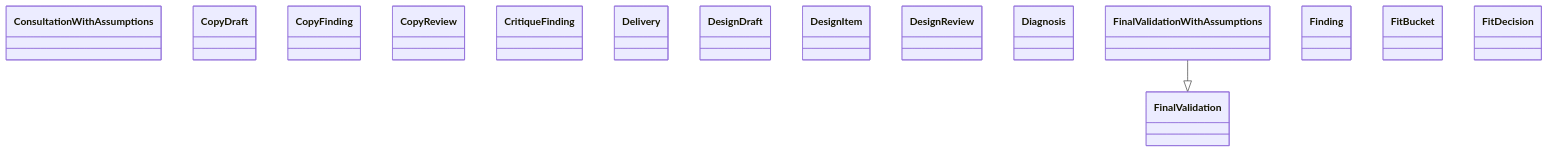
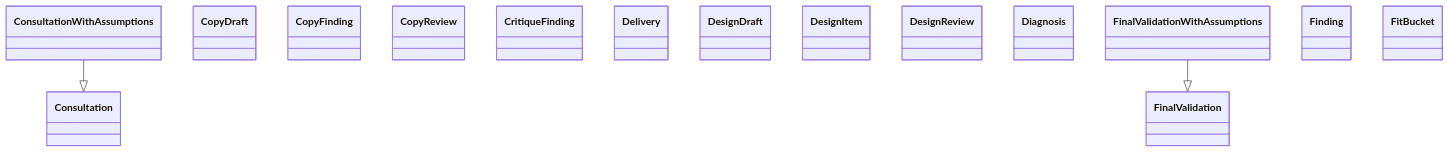
The diagram in docs/architecture/generated/classes-process-domain-roles-2.md (GonzaloZevallos/agentic-system), drawn with Mermaid before and after one commit. The commit also changed other lines of this file and 6 other files, not shown here.

````diff
--- a/docs/architecture/generated/classes-process-domain-roles-2.md
+++ b/docs/architecture/generated/classes-process-domain-roles-2.md
@@ -28,19 +28,20 @@
 ```mermaid
 classDiagram
+    class schemas__Consultation["Consultation"]
     class schemas__ConsultationWithAssumptions["ConsultationWithAssumptions"]
     class schemas__CopyDraft["CopyDraft"]
     class schemas__CopyFinding["CopyFinding"]
     class schemas__CopyReview["CopyReview"]
     class schemas__CritiqueFinding["CritiqueFinding"]
     class schemas__Delivery["Delivery"]
     class schemas__DesignDraft["DesignDraft"]
     class schemas__DesignItem["DesignItem"]
     class schemas__DesignReview["DesignReview"]
     class schemas__Diagnosis["Diagnosis"]
     class schemas__FinalValidation["FinalValidation"]
     class schemas__FinalValidationWithAssumptions["FinalValidationWithAssumptions"]
     class schemas__Finding["Finding"]
     class schemas__FitBucket["FitBucket"]
-    class schemas__FitDecision["FitDecision"]
+    schemas__ConsultationWithAssumptions --|> schemas__Consultation
     schemas__FinalValidationWithAssumptions --|> schemas__FinalValidation
 ```
````
